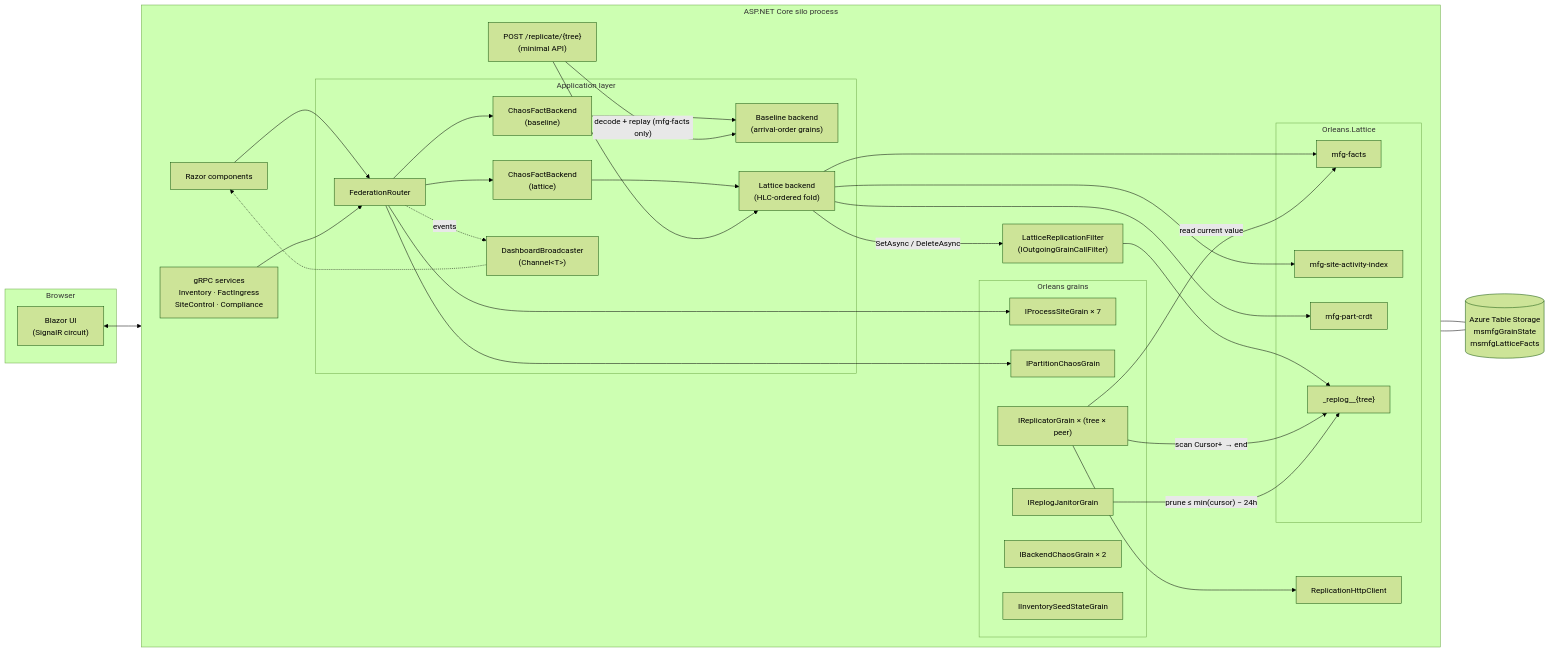
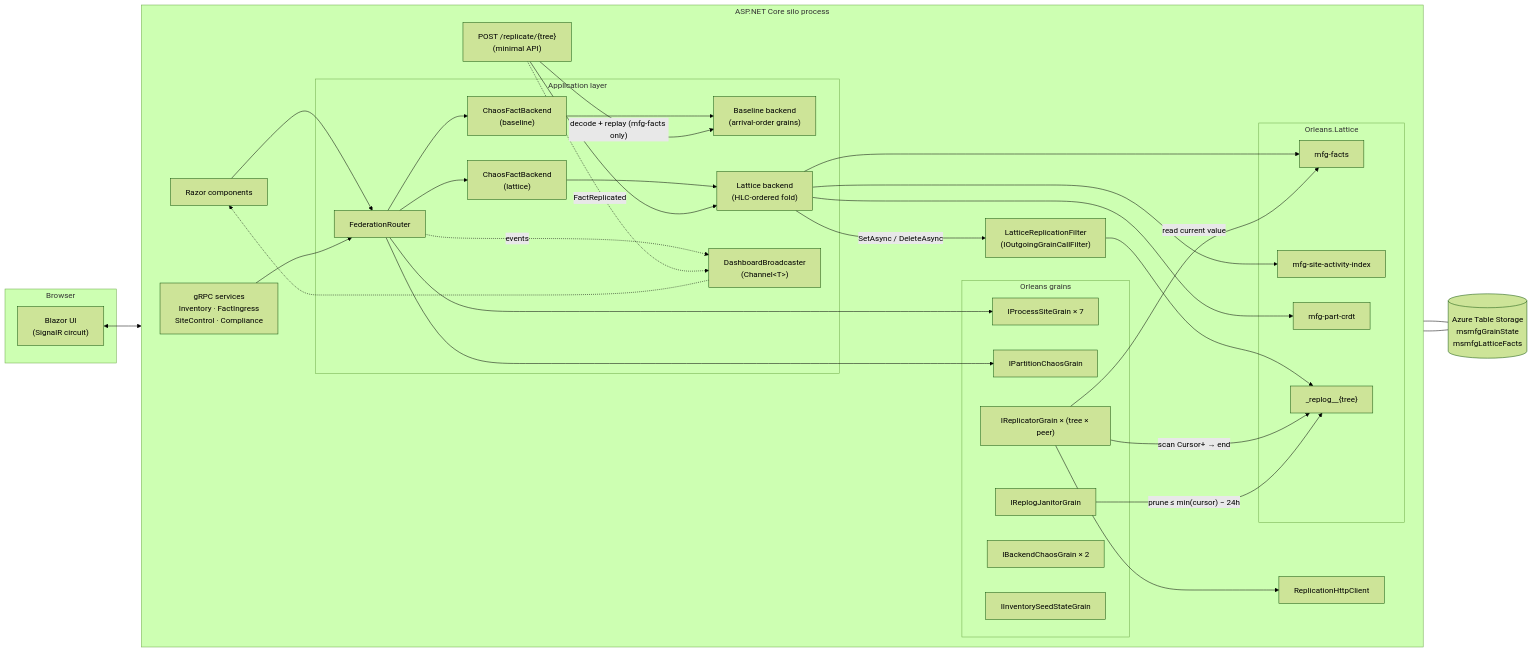
The second of 5 diagrams in samples/MultiSiteManufacturing/architecture.md (NSTA1/Orleans.Lattice), drawn with Mermaid (forest theme) before and after one commit. The commit also changed other lines of this file and 5 other files, not shown here.

````diff
--- a/samples/MultiSiteManufacturing/architecture.md
+++ b/samples/MultiSiteManufacturing/architecture.md
@@ -117,71 +117,72 @@
 ```mermaid
 flowchart LR
     subgraph browser["Browser"]
         ui["Blazor UI<br/>(SignalR circuit)"]
     end
 
     subgraph silo["ASP.NET Core silo process"]
         direction LR
         razor["Razor components"]
         grpc["gRPC services<br/>Inventory · FactIngress<br/>SiteControl · Compliance"]
 
         subgraph app["Application layer"]
             router["FederationRouter"]
             chaosBase["ChaosFactBackend<br/>(baseline)"]
             chaosLat["ChaosFactBackend<br/>(lattice)"]
             baseBE["Baseline backend<br/>(arrival-order grains)"]
             latBE["Lattice backend<br/>(HLC-ordered fold)"]
             broadcaster["DashboardBroadcaster<br/>(Channel&lt;T&gt;)"]
         end
 
         subgraph orleans["Orleans grains"]
             siteG["IProcessSiteGrain × 7"]
             backG["IBackendChaosGrain × 2"]
             partG["IPartitionChaosGrain"]
             replG["IReplicatorGrain × (tree × peer)"]
             janG["IReplogJanitorGrain"]
             seedG["IInventorySeedStateGrain"]
         end
 
         subgraph lattice["Orleans.Lattice"]
             facts["mfg-facts"]
             siteIdx["mfg-site-activity-index"]
             crdt["mfg-part-crdt"]
             replog["_replog__{tree}"]
         end
 
         filter["LatticeReplicationFilter<br/>(IOutgoingGrainCallFilter)"]
         repClient["ReplicationHttpClient"]
         inbound["POST /replicate/{tree}<br/>(minimal API)"]
     end
 
     tables[("Azure Table Storage<br/>msmfgGrainState<br/>msmfgLatticeFacts")]
 
     ui <--> razor
     razor --> router
     grpc --> router
     router --> siteG
     router --> partG
     router --> chaosBase
     router --> chaosLat
     chaosBase --> baseBE
     chaosLat --> latBE
     latBE --> facts
     latBE --> siteIdx
     latBE --> crdt
     router -.->|"events"| broadcaster
     broadcaster -.-> razor
 
     latBE -->|"SetAsync / DeleteAsync"| filter
     filter --> replog
     replG -->|"scan Cursor+ → end"| replog
     replG -->|"read current value"| facts
     replG --> repClient
     janG -->|"prune ≤ min(cursor) − 24h"| replog
 
     inbound --> latBE
     inbound -->|"decode + replay (mfg-facts only)"| baseBE
+    inbound -.->|"FactReplicated"| broadcaster
 
     orleans --- tables
     lattice --- tables
 ```
````
